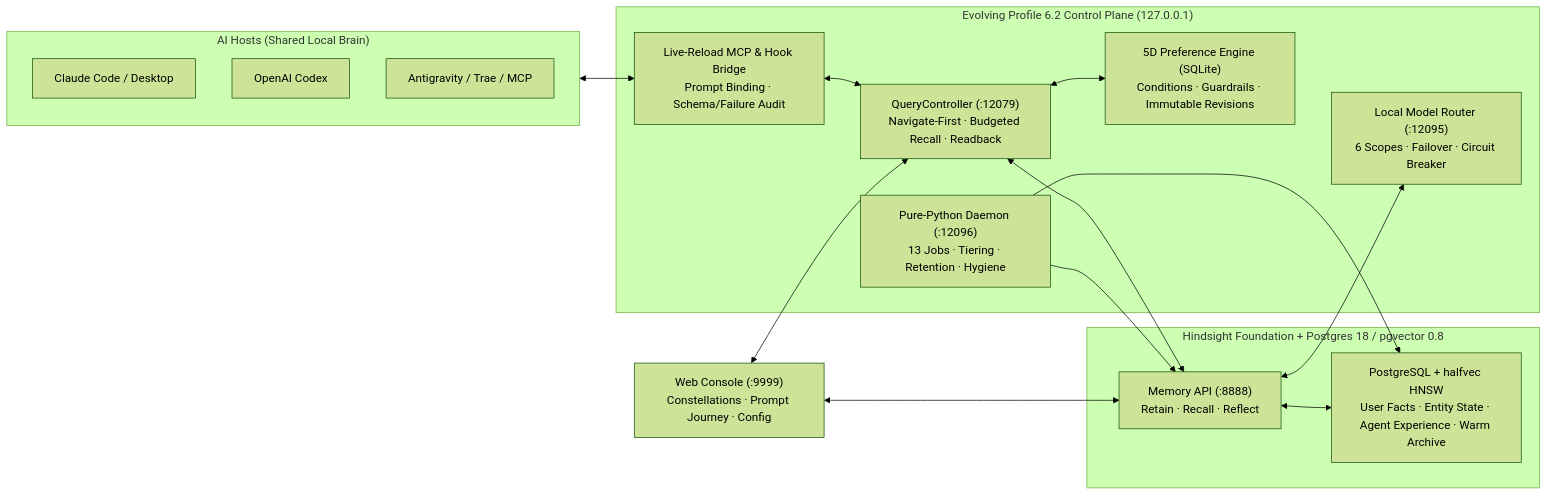
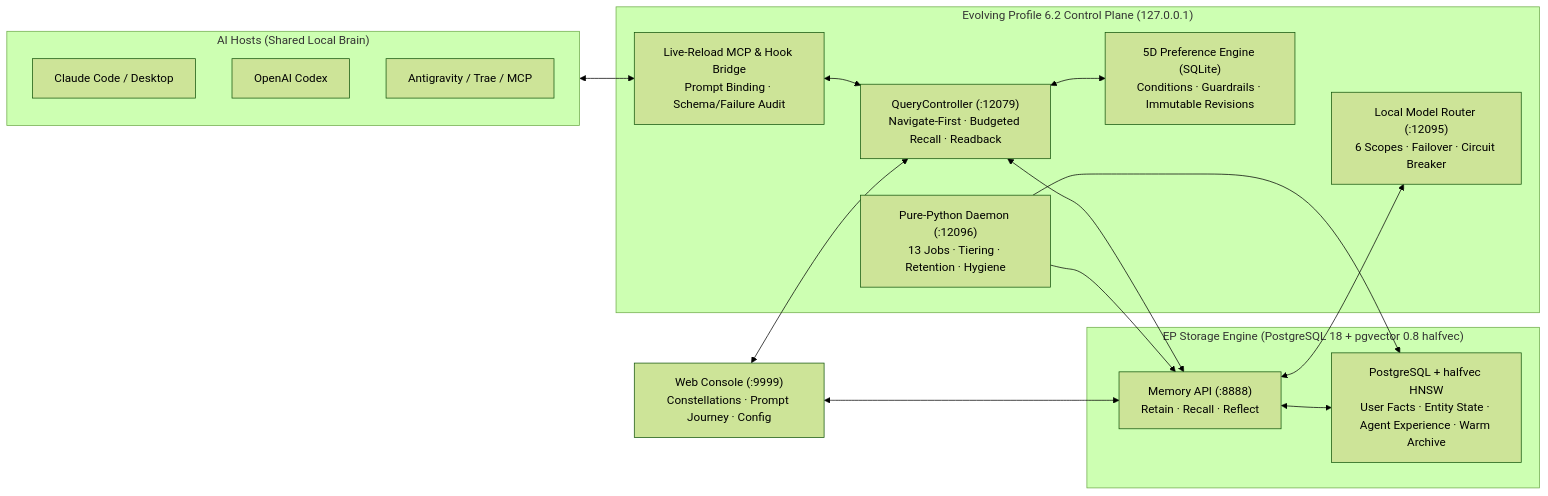
One commit to ccygod/evolving-profile changed the diagram in README.md. Above: the diagram before and after it, drawn with Mermaid (forest theme). The commit also changed other lines of this file and 1 other file, not shown here.

````diff
--- a/README.md
+++ b/README.md
@@ -110,34 +117,34 @@
 ```mermaid
 flowchart LR
     subgraph Hosts["AI Hosts (Shared Local Brain)"]
         H1["Claude Code / Desktop"]
         H2["OpenAI Codex"]
         H3["Antigravity / Trae / MCP"]
     end
 
     subgraph ControlPlane["Evolving Profile 6.2 Control Plane (127.0.0.1)"]
         MCP["Live-Reload MCP & Hook Bridge<br/>Prompt Binding · Schema/Failure Audit"]
         CTRL["QueryController (:12079)<br/>Navigate-First · Budgeted Recall · Readback"]
         PREF["5D Preference Engine (SQLite)<br/>Conditions · Guardrails · Immutable Revisions"]
         ROUTER["Local Model Router (:12095)<br/>6 Scopes · Failover · Circuit Breaker"]
         DAEMON["Pure-Python Daemon (:12096)<br/>13 Jobs · Tiering · Retention · Hygiene"]
     end
 
-    subgraph Storage["Hindsight Foundation + Postgres 18 / pgvector 0.8"]
+    subgraph Storage["EP Storage Engine (PostgreSQL 18 + pgvector 0.8 halfvec)"]
         API["Memory API (:8888)<br/>Retain · Recall · Reflect"]
         DB["PostgreSQL + halfvec HNSW<br/>User Facts · Entity State · Agent Experience · Warm Archive"]
     end
 
     UI["Web Console (:9999)<br/>Constellations · Prompt Journey · Config"]
 
     Hosts <--> MCP
     MCP <--> CTRL
     CTRL <--> PREF
     CTRL <--> API
     DAEMON --> API
     DAEMON --> DB
     API <--> ROUTER
     API <--> DB
     UI <--> API
     UI <--> CTRL
 ```
````
